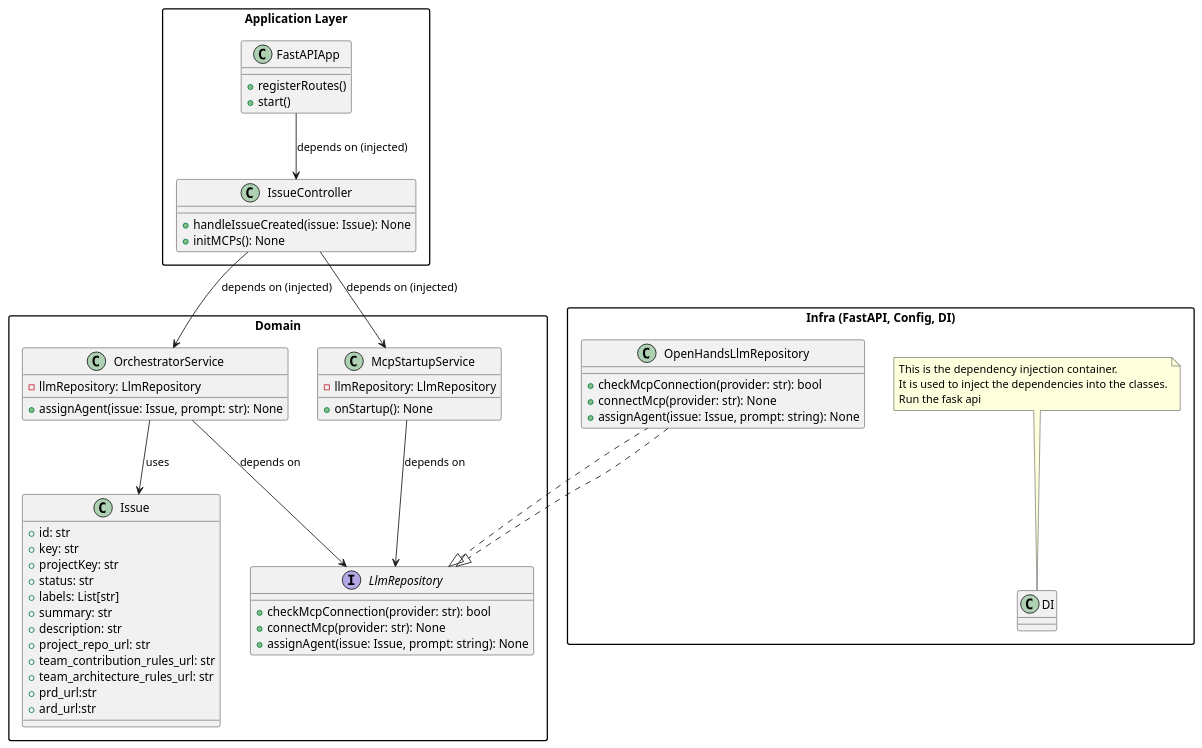
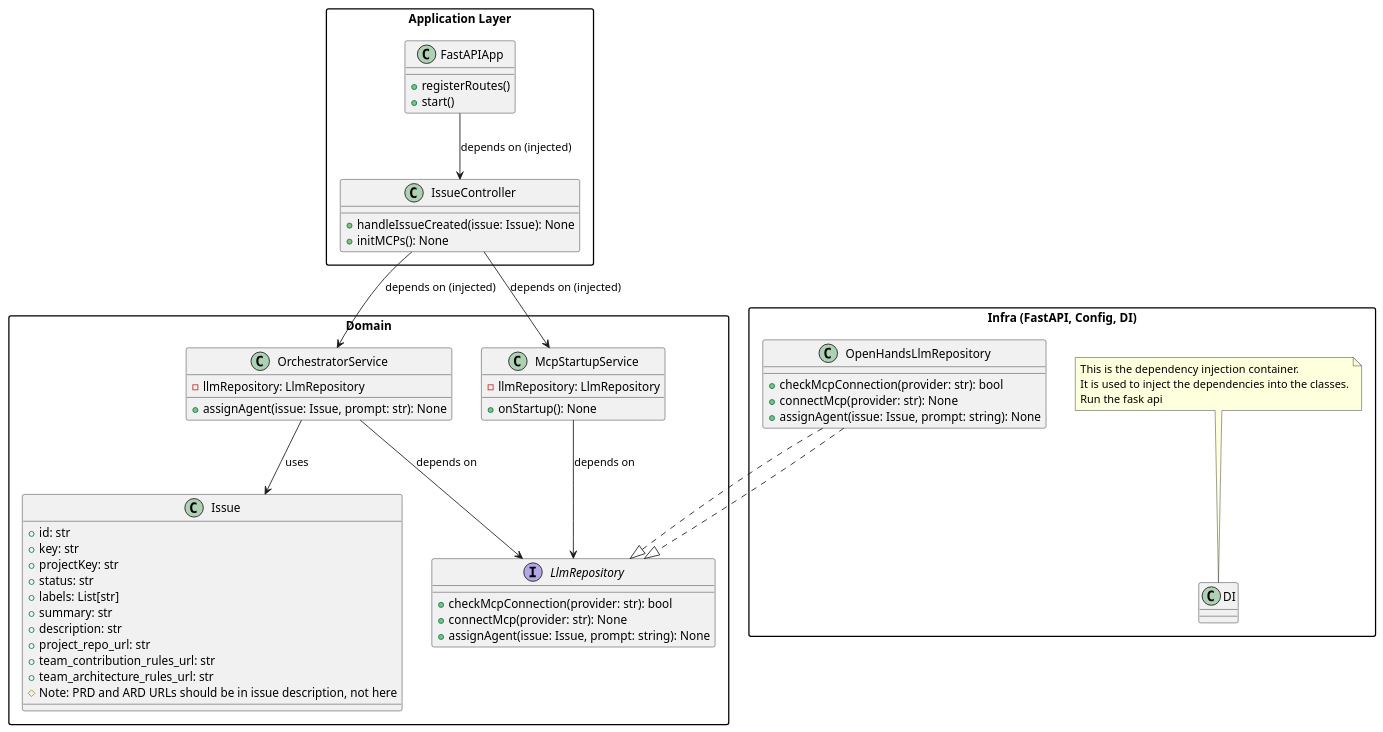
One commit to behnamrhp/ai-agents-orchestrator changed the second of 2 diagrams in docs/architecture/project_architecture.md. Above: the diagram before and after it, drawn with PlantUML. The commit also changed 5 other files, not shown here.

Commit message:
feat: Remove prd and ard from env

````diff
--- a/docs/architecture/project_architecture.md
+++ b/docs/architecture/project_architecture.md
@@ -107,78 +107,77 @@
 ```plantuml
 @startuml
 skinparam packageStyle rectangle
 
 package "Domain" {
   class Issue {
     +id: str
     +key: str
     +projectKey: str
     +status: str
     +labels: List[str]
     +summary: str
     +description: str
     +project_repo_url: str
     +team_contribution_rules_url: str
     +team_architecture_rules_url: str
-    +prd_url:str
-    +ard_url:str
+    # Note: PRD and ARD URLs should be in issue description, not here
   }
 
   class OrchestratorService {
     -llmRepository: LlmRepository
     +assignAgent(issue: Issue, prompt: str): None
   }
 
   class McpStartupService {
     -llmRepository: LlmRepository
     +onStartup(): None
   }
 
   interface LlmRepository {
     +checkMcpConnection(provider: str): bool
     +connectMcp(provider: str): None
     +assignAgent(issue: Issue, prompt: string): None
   }
 }
 
 package "Application Layer" {
   class FastAPIApp {
     +registerRoutes()
     +start()
   }
 
   class IssueController {
     +handleIssueCreated(issue: Issue): None
     +initMCPs(): None
   }
 }
 
 package "Infra (FastAPI, Config, DI)" {
   class DI {}
   note top
   This is the dependency injection container.
   It is used to inject the dependencies into the classes.
   Run the fask api 
   end note
 
   class OpenHandsLlmRepository  {
     +checkMcpConnection(provider: str): bool
     +connectMcp(provider: str): None
     +assignAgent(issue: Issue, prompt: string): None
   }
 }
 OpenHandsLlmRepository ..|> LlmRepository
 
 IssueController --> McpStartupService : depends on (injected)
 IssueController --> OrchestratorService : depends on (injected)
 FastAPIApp --> IssueController  : depends on (injected)
 
 OrchestratorService --> Issue : uses
 OrchestratorService --> LlmRepository : depends on
 
 LlmRepository <|.. OpenHandsLlmRepository
 
 McpStartupService --> LlmRepository : depends on
 
 @enduml
 ```
````
